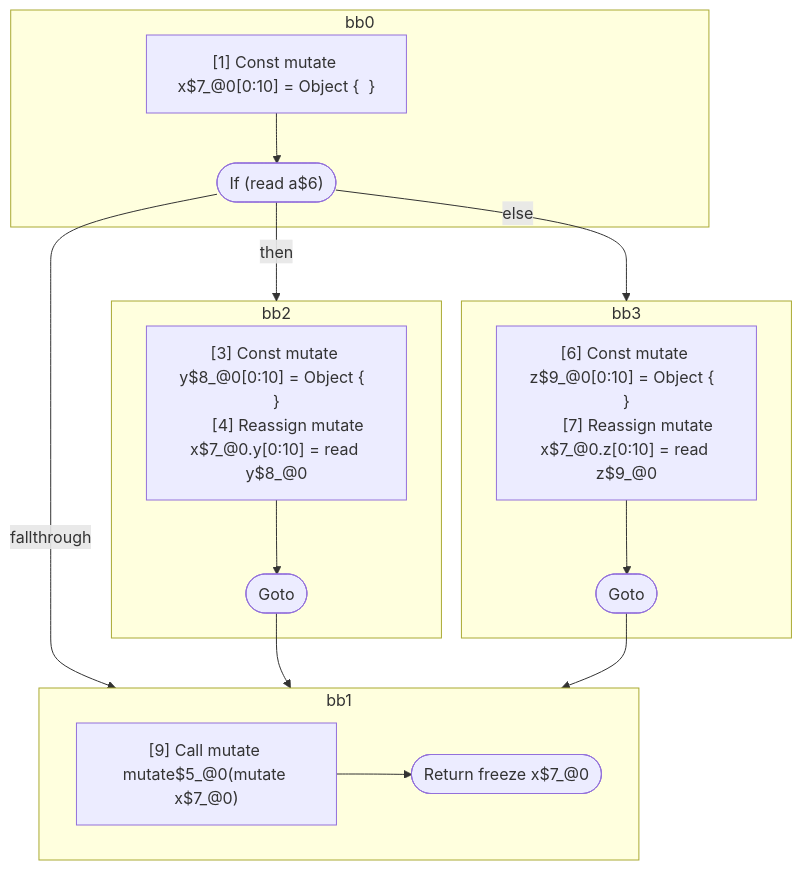
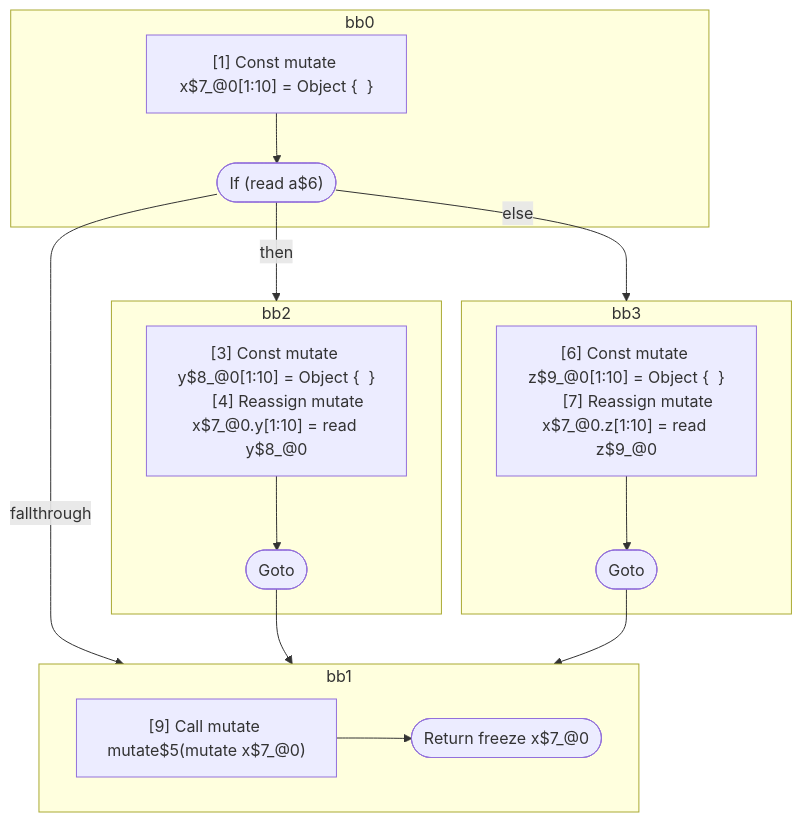
One commit to wutsmog/private changed the diagram in compiler/forget/src/__tests__/fixtures/hir/ssa-property-alias-mutate-if.expect.md. Above: the diagram before and after it, drawn with Mermaid. The commit also changed other lines of this file and 100 other files, not shown here.

````diff
--- a/compiler/forget/src/__tests__/fixtures/hir/ssa-property-alias-mutate-if.expect.md
+++ b/compiler/forget/src/__tests__/fixtures/hir/ssa-property-alias-mutate-if.expect.md
@@ -45,38 +68,38 @@
 ```mermaid
 flowchart TB
   %% Basic Blocks
   subgraph bb0
     bb0_instrs["
-      [1] Const mutate x$7_@0[0:10] = Object {  }
+      [1] Const mutate x$7_@0[1:10] = Object {  }
     "]
     bb0_instrs --> bb0_terminal(["If (read a$6)"])
   end
   subgraph bb2
     bb2_instrs["
-      [3] Const mutate y$8_@0[0:10] = Object {  }
-      [4] Reassign mutate x$7_@0.y[0:10] = read y$8_@0
+      [3] Const mutate y$8_@0[1:10] = Object {  }
+      [4] Reassign mutate x$7_@0.y[1:10] = read y$8_@0
     "]
     bb2_instrs --> bb2_terminal(["Goto"])
   end
   subgraph bb3
     bb3_instrs["
-      [6] Const mutate z$9_@0[0:10] = Object {  }
-      [7] Reassign mutate x$7_@0.z[0:10] = read z$9_@0
+      [6] Const mutate z$9_@0[1:10] = Object {  }
+      [7] Reassign mutate x$7_@0.z[1:10] = read z$9_@0
     "]
     bb3_instrs --> bb3_terminal(["Goto"])
   end
   subgraph bb1
     bb1_instrs["
-      [9] Call mutate mutate$5_@0(mutate x$7_@0)
+      [9] Call mutate mutate$5(mutate x$7_@0)
     "]
     bb1_instrs --> bb1_terminal(["Return freeze x$7_@0"])
   end
 
   %% Jumps
   bb0_terminal -- "then" --> bb2
   bb0_terminal -- "else" --> bb3
   bb0_terminal -- "fallthrough" --> bb1
   bb2_terminal --> bb1
   bb3_terminal --> bb1
 
 ```
````
